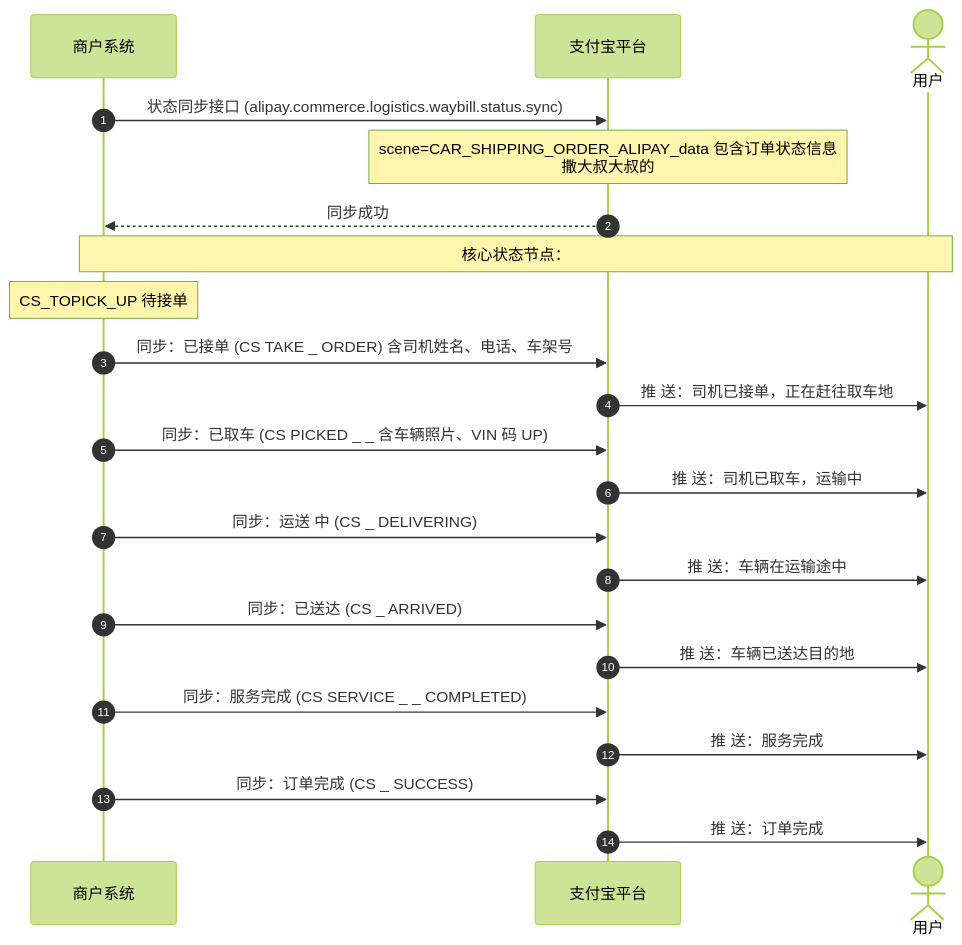
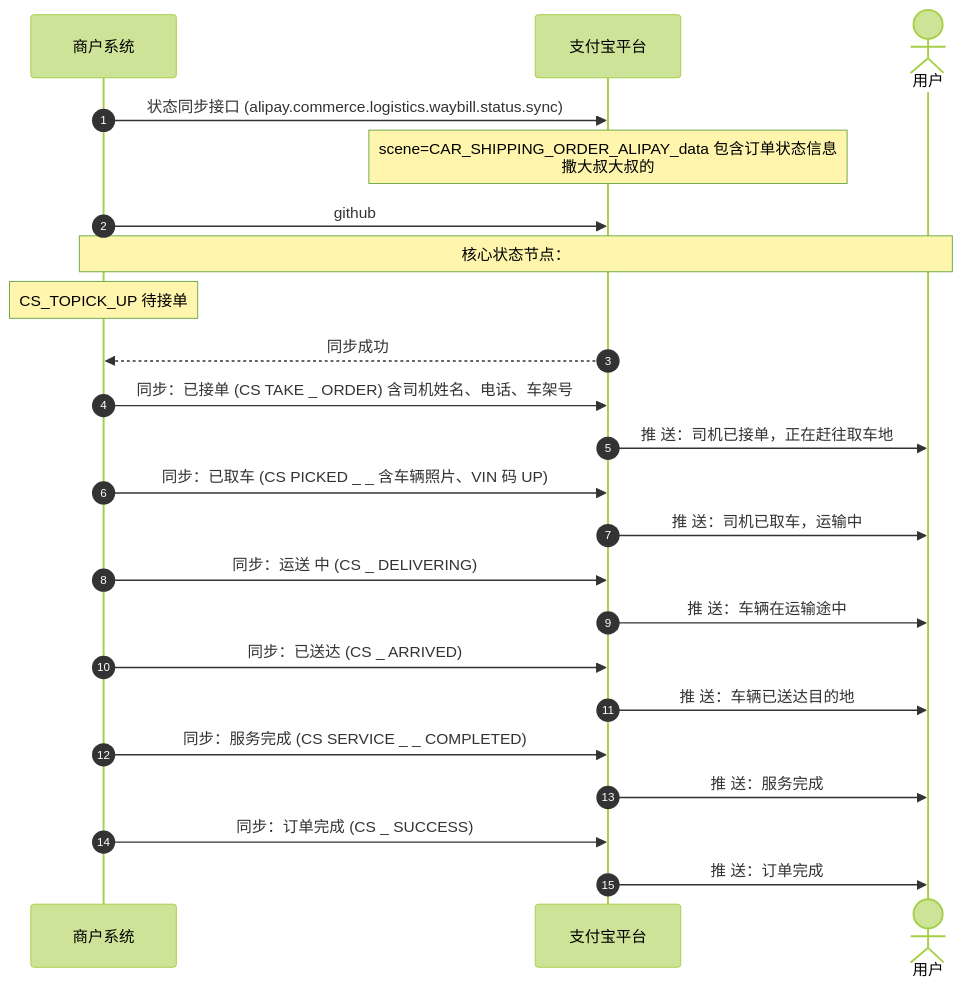
The diagram in mmd/支付单状态同步时序_b3042cb3-08c1-43b5-b440-32d3f6443821.mmd (pingpm/mermaid_vault), drawn with Mermaid (forest theme) before and after one commit. The commit also changed 3 other files, not shown here.

Commit message:
Sync Mermaid Studio data (15 diagrams)

```diff
--- a/mmd/支付单状态同步时序_b3042cb3-08c1-43b5-b440-32d3f6443821.mmd
+++ b/mmd/支付单状态同步时序_b3042cb3-08c1-43b5-b440-32d3f6443821.mmd
@@ -1,22 +1,23 @@
 sequenceDiagram
   autonumber
   participant p0 as 商户系统
   participant p1 as 支付宝平台
   actor p2 as 用户
   p0->>p1: 状态同步接⼝ (alipay.commerce.logistics.waybill.status.sync)
   Note over p1: scene=CAR_SHIPPING_ORDER_ALIPAY_data 包含订单状态信息<br/>撒大叔大叔的
-  p1-->>p0: 同步成功
+  p0->>p1: github
   Note over p0,p2: 核⼼状态节点：
   Note over p0: CS_TOPICK_UP 待接单
+  p1-->>p0: 同步成功
   p0->>p1: 同步：已接单 (CS TAKE _  ORDER) 含司机姓名、电话、⻋架号
   p1->>p2: 推 送：司机已接单，正在赶往取⻋地
   p0->>p1: 同步：已取⻋ (CS PICKED _ _ 含⻋辆照⽚、VIN 码 UP)
   p1->>p2: 推 送：司机已取⻋，运输中
   p0->>p1: 同步：运送 中 (CS _ DELIVERING)
   p1->>p2: 推 送：⻋辆在运输途中
   p0->>p1: 同步：已送达 (CS _ ARRIVED)
   p1->>p2: 推 送：⻋辆已送达⽬的地
   p0->>p1: 同步：服务完成 (CS SERVICE _ _ COMPLETED)
   p1->>p2: 推 送：服务完成
   p0->>p1: 同步：订单完成 (CS _ SUCCESS)
   p1->>p2: 推 送：订单完成
```
